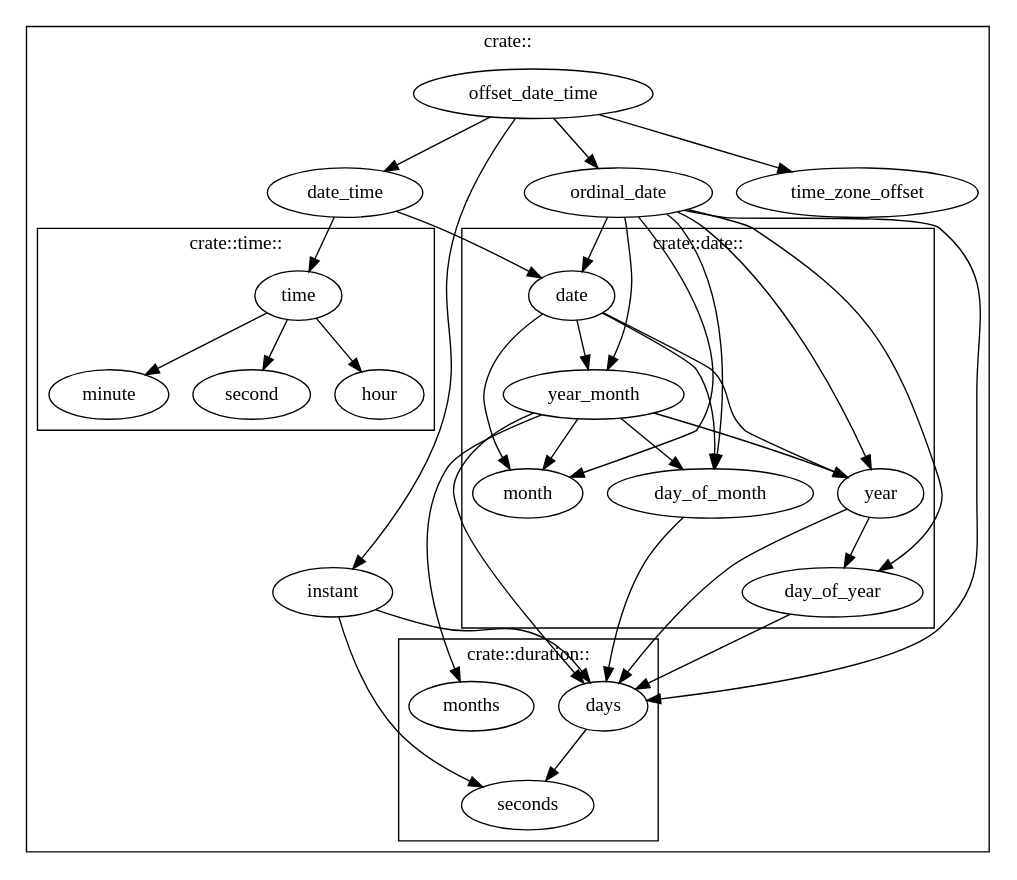
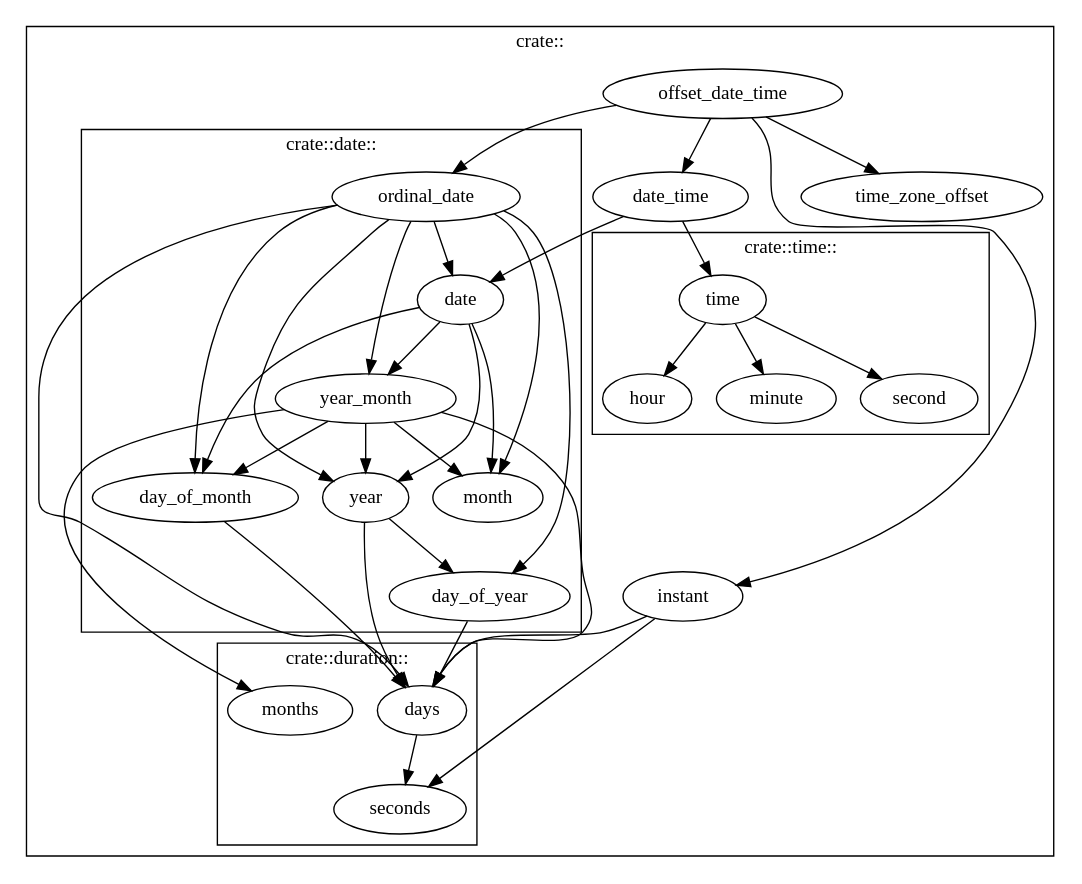
The diagram in mod_deps.dot (bouzuya/rust-limited-date-time), drawn with Graphviz before and after one commit. The commit also changed 3 other files, not shown here.

Commit message:
move ordinal_date -> date::ordinal_date

```diff
--- a/mod_deps.dot
+++ b/mod_deps.dot
@@ -1,81 +1,81 @@
 digraph {
   // Vertex
 
   subgraph cluster3 {
     label = "crate::"
 
     subgraph cluster0 {
       label = "crate::date::"
       date
       day_of_month
       day_of_year
       month
+      ordinal_date
       year
       year_month
     }
 
     subgraph cluster1 {
       label = "crate::duration::"
       days
       months
       seconds
     }
 
     subgraph cluster2 {
       label = "crate::time::"
       hour
       minute
       second
       time
     }
 
     date_time
     // date
     // duration
     instant
     offset_date_time
-    ordinal_date
     time_zone_offset
     // time
   }
 
   // Edge
 
   // date::*
   day_of_month -> days
   day_of_year -> days
   year_month -> days
   year_month -> months
   year_month -> day_of_month
   year_month -> month
   year_month -> year
   year -> day_of_year
   year -> days
 
   // duration::*
   days -> seconds
 
   // crate::*
   date_time -> date
   date_time -> time
   date -> year
   date -> month
   date -> day_of_month
   date -> year_month
   instant -> days
   instant -> seconds
   offset_date_time -> date_time
   offset_date_time -> instant
   offset_date_time -> ordinal_date
   offset_date_time -> time_zone_offset
   ordinal_date -> year
   ordinal_date -> date
   ordinal_date -> day_of_month
   ordinal_date -> days
   ordinal_date -> month
   ordinal_date -> year_month
   ordinal_date -> day_of_year
   time -> hour
   time -> minute
   time -> second
 }
```
